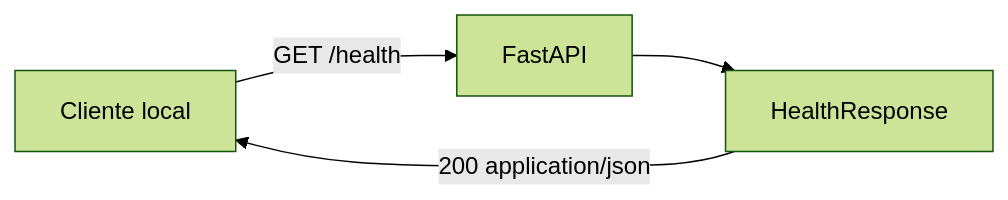
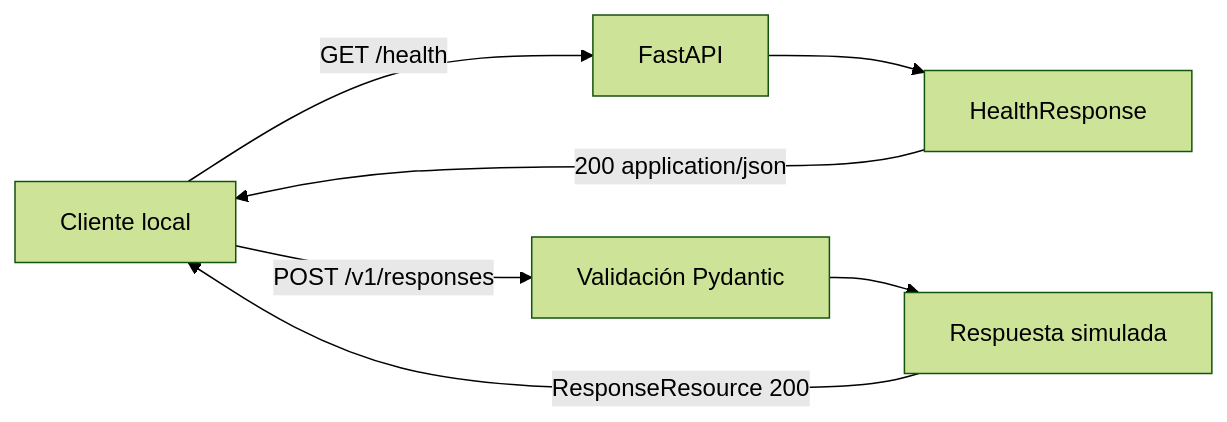
One commit to garay54/AgenteCV changed the third of 5 diagrams in docs/arquitectura.md. Above: the diagram before and after it, drawn with Mermaid (forest theme). The commit also changed other lines of this file and 8 other files, not shown here.

````diff
--- a/docs/arquitectura.md
+++ b/docs/arquitectura.md
@@ -77,6 +77,9 @@
 ```mermaid
 flowchart LR
     C[Cliente local] -->|GET /health| F[FastAPI]
     F --> H[HealthResponse]
     H -->|200 application/json| C
+    C -->|POST /v1/responses| V[Validación Pydantic]
+    V --> M[Respuesta simulada]
+    M -->|ResponseResource 200| C
 ```
````
